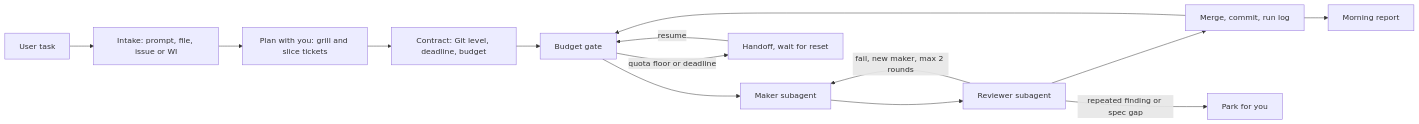
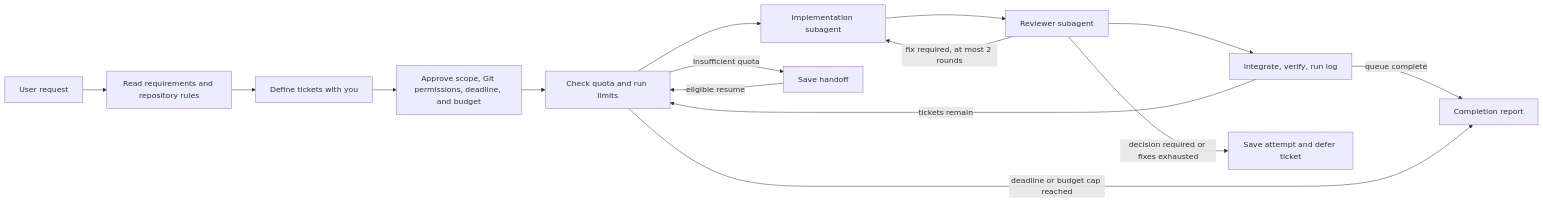
Before and after one commit to encryptedarc/robusta: the second of 2 diagrams in README.md, drawn with Mermaid. The commit also changed other lines of this file and 1 other file, not shown here.

````diff
--- a/README.md
+++ b/README.md
@@ -74,16 +79,17 @@
 ```mermaid
 flowchart LR
-    U[User task] --> I[Intake: prompt, file, issue or WI]
-    I --> P[Plan with you: grill and slice tickets]
-    P --> C[Contract: Git level, deadline, budget]
-    C --> G[Budget gate]
-    G --> M[Maker subagent]
+    U[User request] --> I[Read requirements and repository rules]
+    I --> P[Define tickets with you]
+    P --> C[Approve scope, Git permissions, deadline, and budget]
+    C --> G[Check quota and run limits]
+    G --> M[Implementation subagent]
     M --> R[Reviewer subagent]
-    R --> X[Merge, commit, run log]
-    X --> G
-    X --> O[Morning report]
-    R -->|fail, new maker, max 2 rounds| M
-    R -->|repeated finding or spec gap| K[Park for you]
-    G -->|quota floor or deadline| H[Handoff, wait for reset]
-    H -->|resume| G
+    R --> X[Integrate, verify, run log]
+    X -->|tickets remain| G
+    X -->|queue complete| O[Completion report]
+    R -->|fix required, at most 2 rounds| M
+    R -->|decision required or fixes exhausted| K[Save attempt and defer ticket]
+    G -->|insufficient quota| H[Save handoff]
+    H -->|eligible resume| G
+    G -->|deadline or budget cap reached| O
 ```
````
